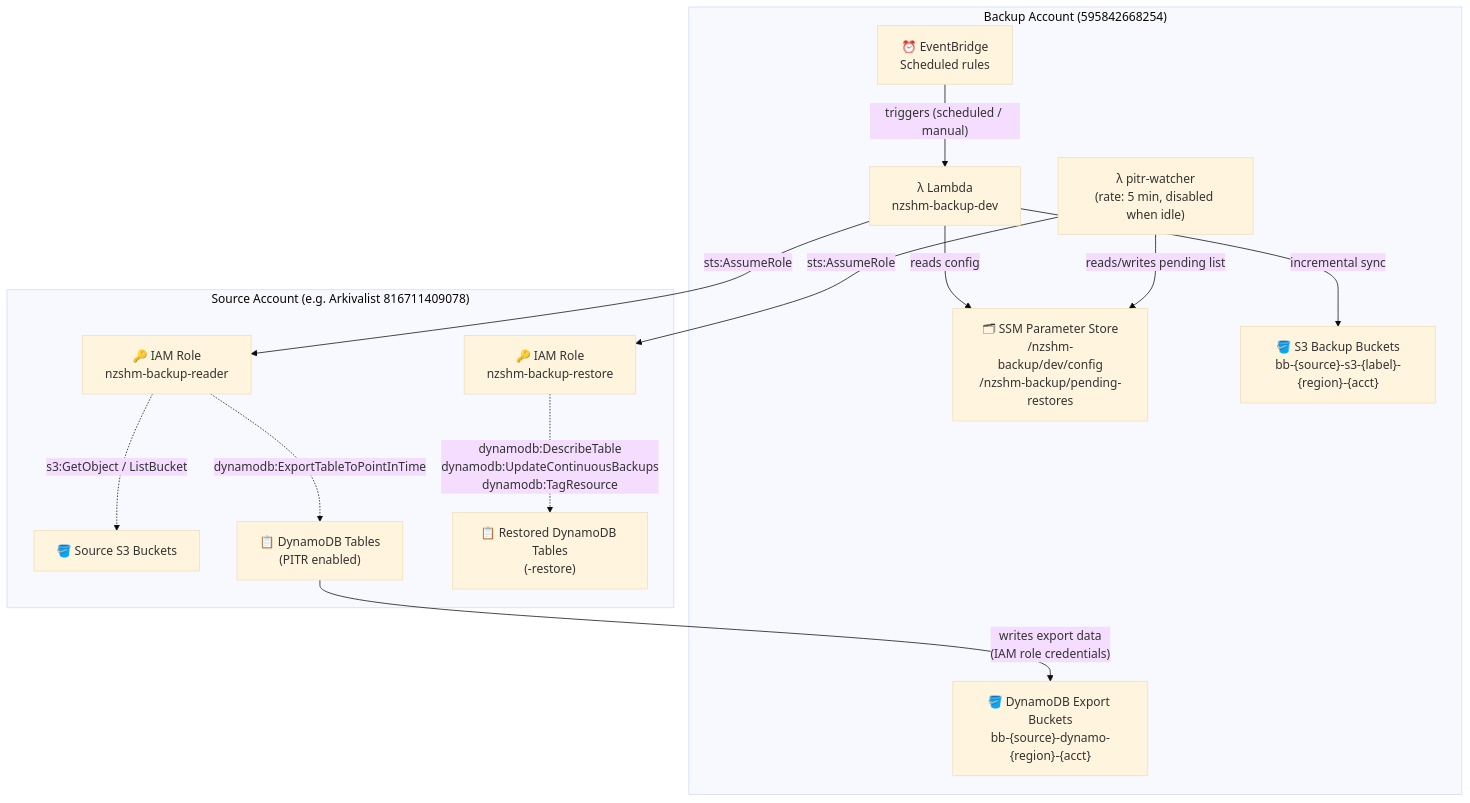
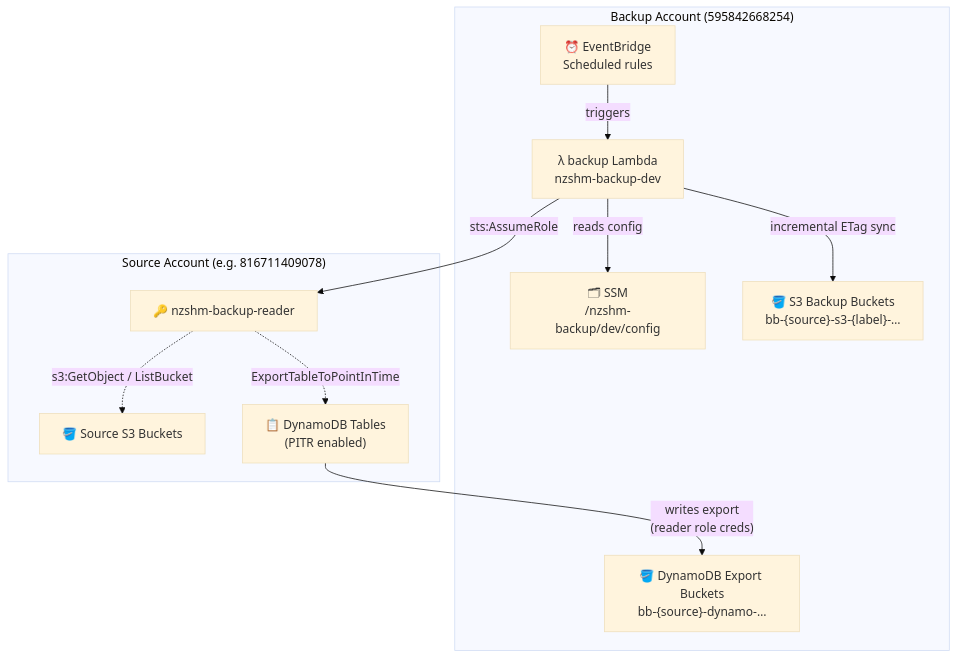
Before and after one commit to GNS-Science/aws-snapshot: the first of 4 diagrams in docs/architecture/overview.md, drawn with Mermaid (base theme). The commit also changed other lines of this file and 15 other files, not shown here.

First line of the commit message:
docs: refactor docs site — mermaid, mkdocs-click, nav, dedup, stubs

````diff
--- a/docs/architecture/overview.md
+++ b/docs/architecture/overview.md
@@ -13,31 +26,24 @@
 ```mermaid
 graph TB
     subgraph backup["Backup Account (595842668254)"]
         EB["⏰ EventBridge\nScheduled rules"]
-        L["λ Lambda\nnzshm-backup-dev"]
-        PW["λ pitr-watcher\n(rate: 5 min, disabled when idle)"]
-        SSM["🗂 SSM Parameter Store\n/nzshm-backup/dev/config\n/nzshm-backup/pending-restores"]
-        S3BB["🪣 S3 Backup Buckets\nbb-{source}-s3-{label}-{region}-{acct}"]
-        S3DY["🪣 DynamoDB Export Buckets\nbb-{source}-dynamo-{region}-{acct}"]
+        L["λ backup Lambda\nnzshm-backup-dev"]
+        SSM["🗂 SSM\n/nzshm-backup/dev/config"]
+        S3BB["🪣 S3 Backup Buckets\nbb-{source}-s3-{label}-…"]
+        S3DY["🪣 DynamoDB Export Buckets\nbb-{source}-dynamo-…"]
     end
 
-    subgraph source["Source Account (e.g. Arkivalist 816711409078)"]
-        READER["🔑 IAM Role\nnzshm-backup-reader"]
-        RESTORE["🔑 IAM Role\nnzshm-backup-restore"]
+    subgraph source["Source Account (e.g. 816711409078)"]
+        READER["🔑 nzshm-backup-reader"]
         S3SRC["🪣 Source S3 Buckets"]
         DDB["📋 DynamoDB Tables\n(PITR enabled)"]
-        DDB2["📋 Restored DynamoDB Tables\n(<name>-restore)"]
     end
 
-    EB -->|"triggers (scheduled / manual)"| L
+    EB -->|"triggers"| L
     L -->|"reads config"| SSM
     L -->|"sts:AssumeRole"| READER
     READER -.->|"s3:GetObject / ListBucket"| S3SRC
-    L -->|"incremental sync"| S3BB
-    READER -.->|"dynamodb:ExportTableToPointInTime"| DDB
-    DDB -->|"writes export data\n(IAM role credentials)"| S3DY
-
-    PW -->|"reads/writes pending list"| SSM
-    PW -->|"sts:AssumeRole"| RESTORE
-    RESTORE -.->|"dynamodb:DescribeTable\ndynamodb:UpdateContinuousBackups\ndynamodb:TagResource"| DDB2
+    L -->|"incremental ETag sync"| S3BB
+    READER -.->|"ExportTableToPointInTime"| DDB
+    DDB -->|"writes export\n(reader role creds)"| S3DY
 ```
````
